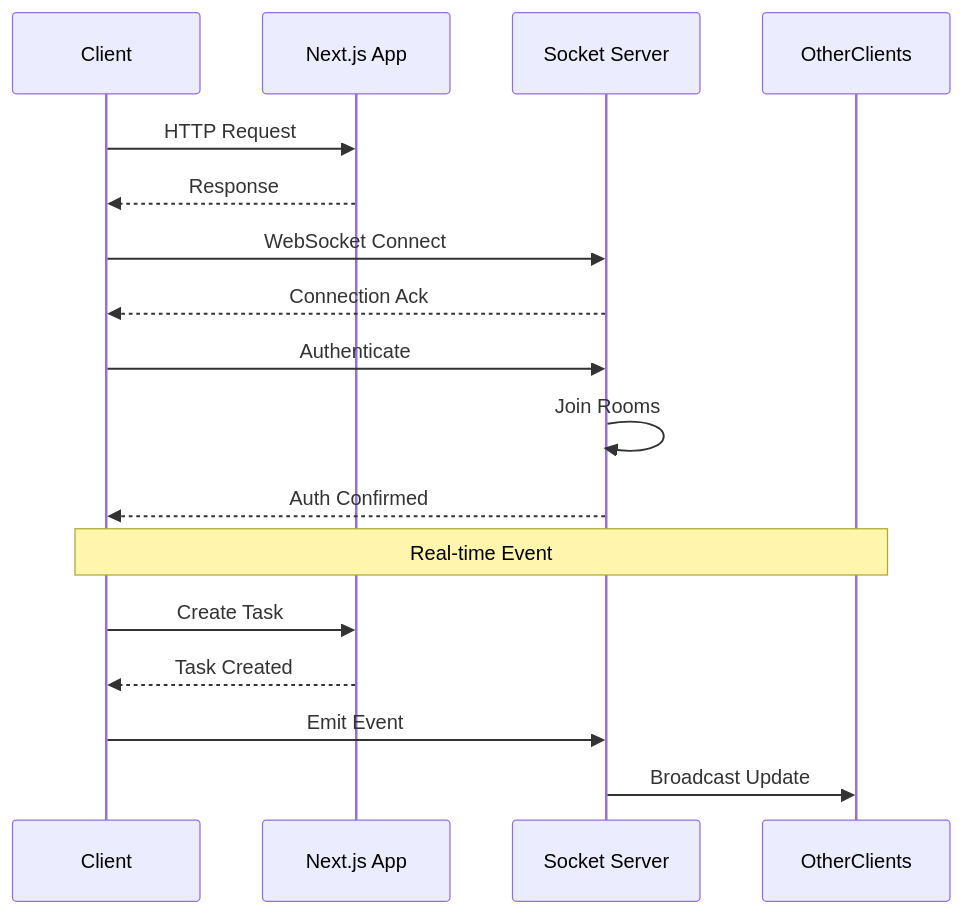
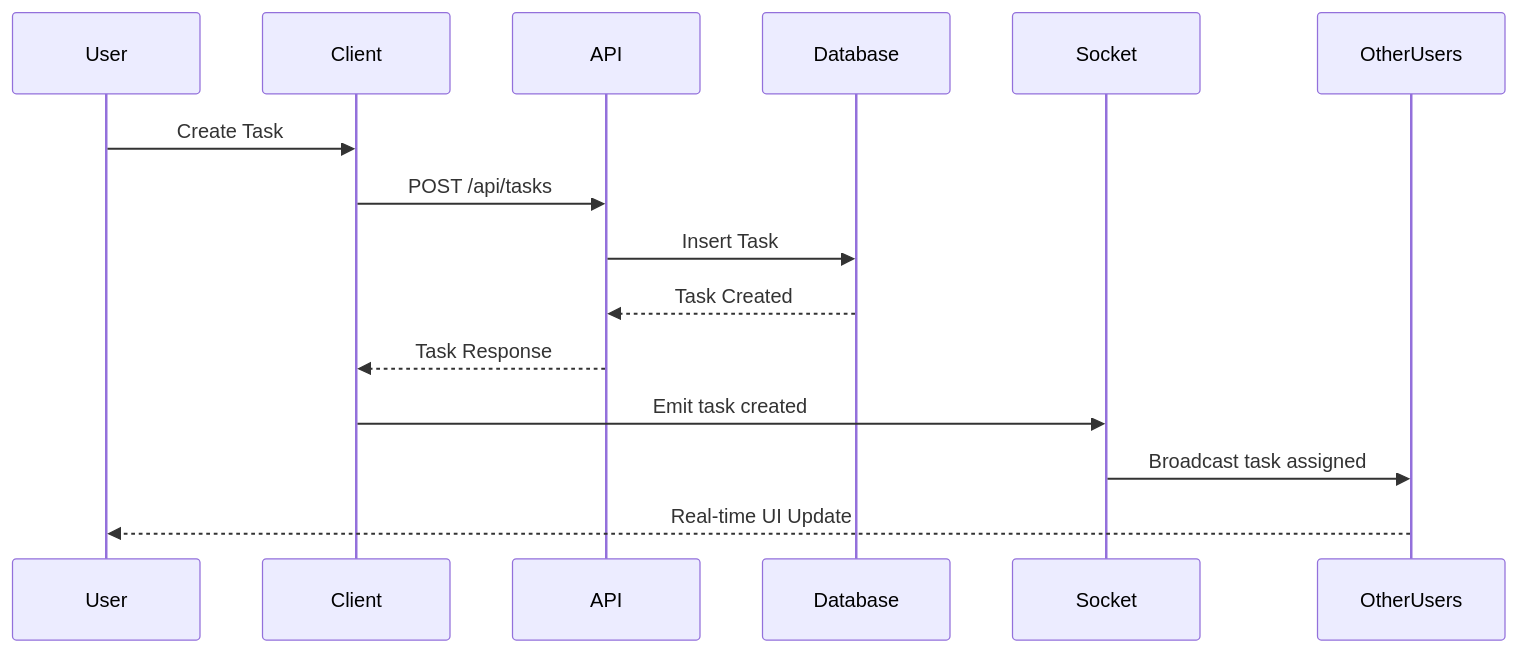
Before and after one commit to anshsharmacse/taskflow-socket: the third of 39 diagrams in README.md, drawn with Mermaid. The commit also changed other lines of this file, not shown here.

````diff
--- a/README.md
+++ b/README.md
@@ -111,21 +212,18 @@
 ```mermaid
 sequenceDiagram
+    participant User
     participant Client
-    participant NextJS as Next.js App
-    participant Socket as Socket Server
-    participant OtherClients
+    participant API
+    participant Database
+    participant Socket
+    participant OtherUsers
     
-    Client->>NextJS: HTTP Request
-    NextJS-->>Client: Response
-    Client->>Socket: WebSocket Connect
-    Socket-->>Client: Connection Ack
-    Client->>Socket: Authenticate
-    Socket->>Socket: Join Rooms
-    Socket-->>Client: Auth Confirmed
-    
-    Note over Client,OtherClients: Real-time Event
-    Client->>NextJS: Create Task
-    NextJS-->>Client: Task Created
-    Client->>Socket: Emit Event
-    Socket->>OtherClients: Broadcast Update
+    User->>Client: Create Task
+    Client->>API: POST /api/tasks
+    API->>Database: Insert Task
+    Database-->>API: Task Created
+    API-->>Client: Task Response
+    Client->>Socket: Emit task created
+    Socket->>OtherUsers: Broadcast task assigned
+    OtherUsers-->>User: Real-time UI Update
 ```
````
